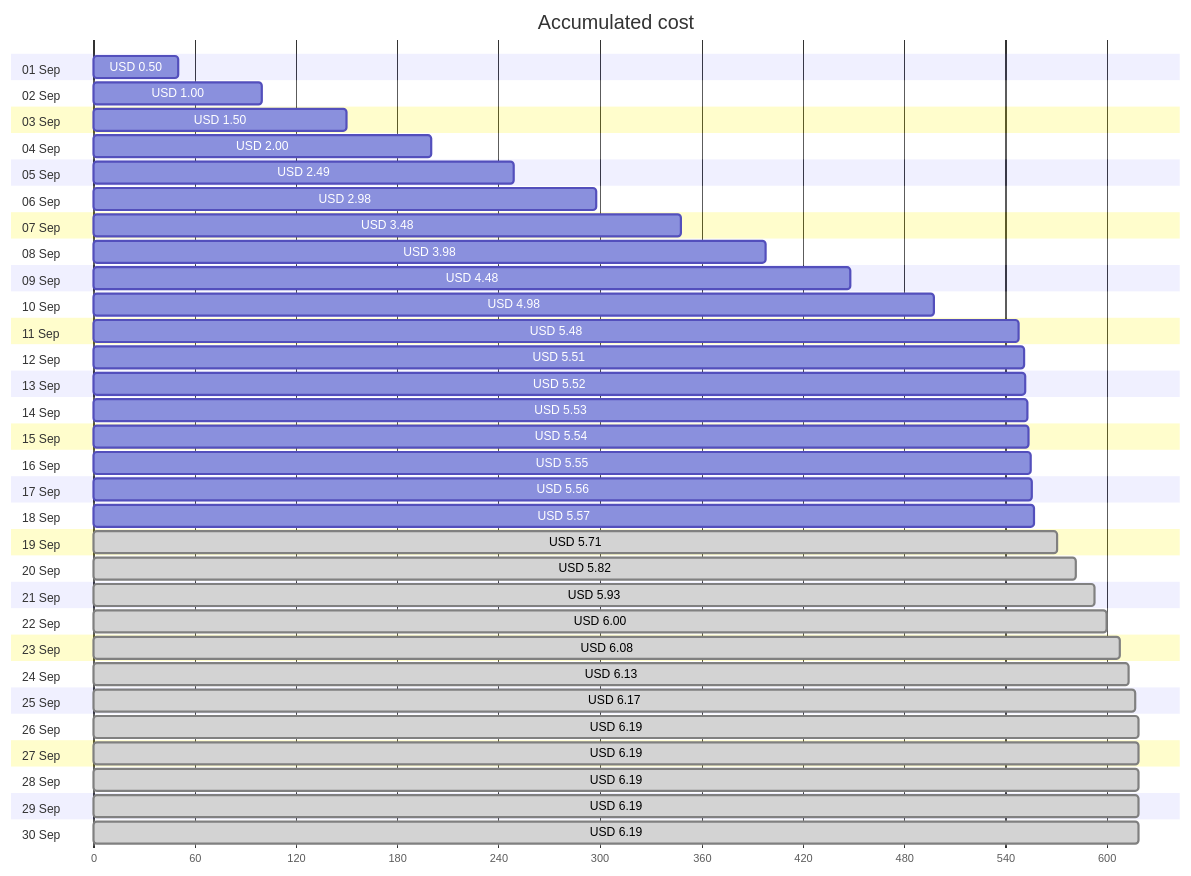
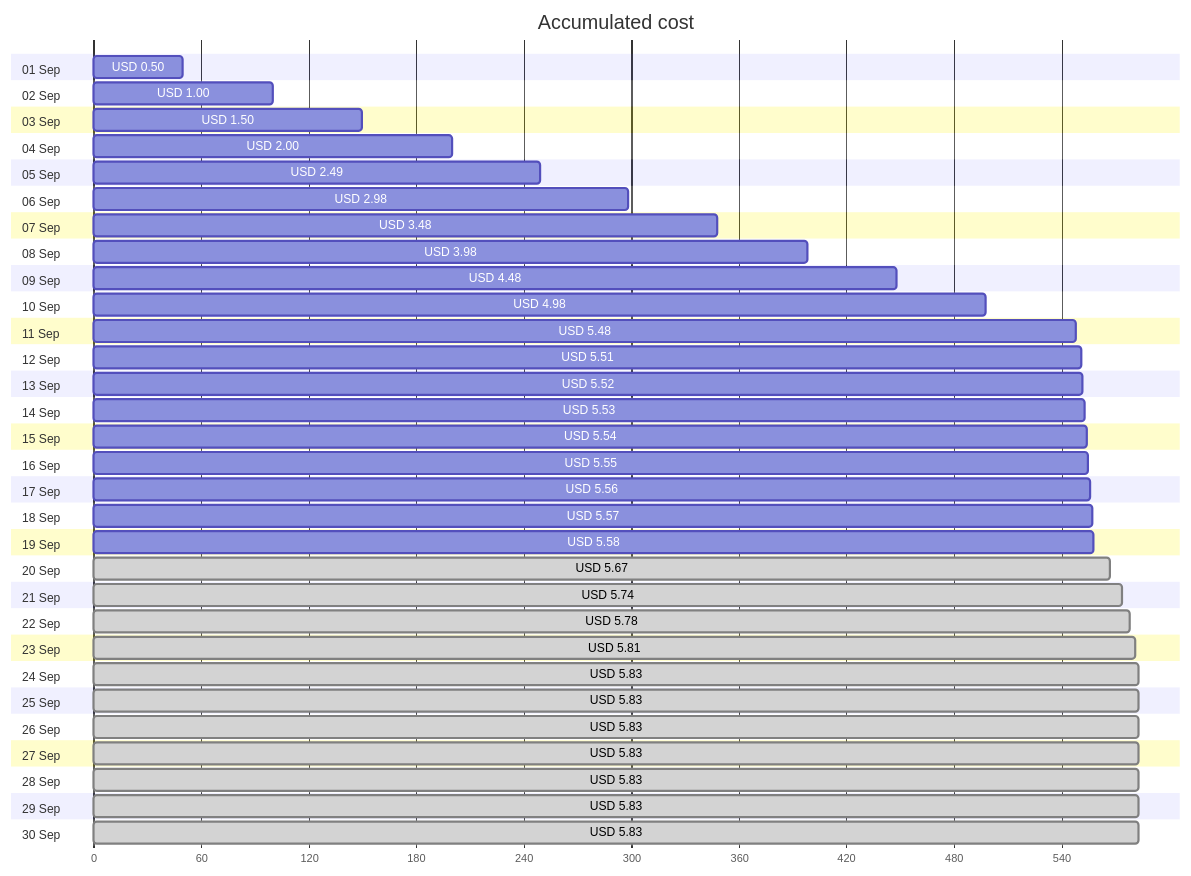
One commit to jpfulton/azure-personal-reports changed the first of 4 diagrams in cost-reports/cloud-shell-storage-eastus/README.md. Above: the diagram before and after it, drawn with Mermaid. The commit also changed other lines of this file and 1 other file, not shown here.

Commit message:
Generated reports [skip ci]

````diff
--- a/cost-reports/cloud-shell-storage-eastus/README.md
+++ b/cost-reports/cloud-shell-storage-eastus/README.md
@@ -20,66 +20,66 @@
 ```mermaid
 gantt
    title Accumulated cost
    dateFormat  X
    axisFormat %s
    section 01 Sep
    USD 0.50 :0, 50
    section 02 Sep
    USD 1.00 :0, 100
    section 03 Sep
    USD 1.50 :0, 150
    section 04 Sep
    USD 2.00 :0, 200
    section 05 Sep
    USD 2.49 :0, 249
    section 06 Sep
    USD 2.98 :0, 298
    section 07 Sep
    USD 3.48 :0, 348
    section 08 Sep
    USD 3.98 :0, 398
    section 09 Sep
    USD 4.48 :0, 448
    section 10 Sep
    USD 4.98 :0, 498
    section 11 Sep
    USD 5.48 :0, 548
    section 12 Sep
    USD 5.51 :0, 551
    section 13 Sep
    USD 5.52 :0, 552
    section 14 Sep
    USD 5.53 :0, 553
    section 15 Sep
    USD 5.54 :0, 554
    section 16 Sep
    USD 5.55 :0, 555
    section 17 Sep
    USD 5.56 :0, 556
    section 18 Sep
    USD 5.57 :0, 557
    section 19 Sep
-   USD 5.71 : done, 0, 571
+   USD 5.58 :0, 558
    section 20 Sep
-   USD 5.82 : done, 0, 582
+   USD 5.67 : done, 0, 567
    section 21 Sep
-   USD 5.93 : done, 0, 593
+   USD 5.74 : done, 0, 574
    section 22 Sep
-   USD 6.00 : done, 0, 600
+   USD 5.78 : done, 0, 578
    section 23 Sep
-   USD 6.08 : done, 0, 608
+   USD 5.81 : done, 0, 581
    section 24 Sep
-   USD 6.13 : done, 0, 613
+   USD 5.83 : done, 0, 583
    section 25 Sep
-   USD 6.17 : done, 0, 617
+   USD 5.83 : done, 0, 583
    section 26 Sep
-   USD 6.19 : done, 0, 619
+   USD 5.83 : done, 0, 583
    section 27 Sep
-   USD 6.19 : done, 0, 619
+   USD 5.83 : done, 0, 583
    section 28 Sep
-   USD 6.19 : done, 0, 619
+   USD 5.83 : done, 0, 583
    section 29 Sep
-   USD 6.19 : done, 0, 619
+   USD 5.83 : done, 0, 583
    section 30 Sep
-   USD 6.19 : done, 0, 619
+   USD 5.83 : done, 0, 583
 ```
````
